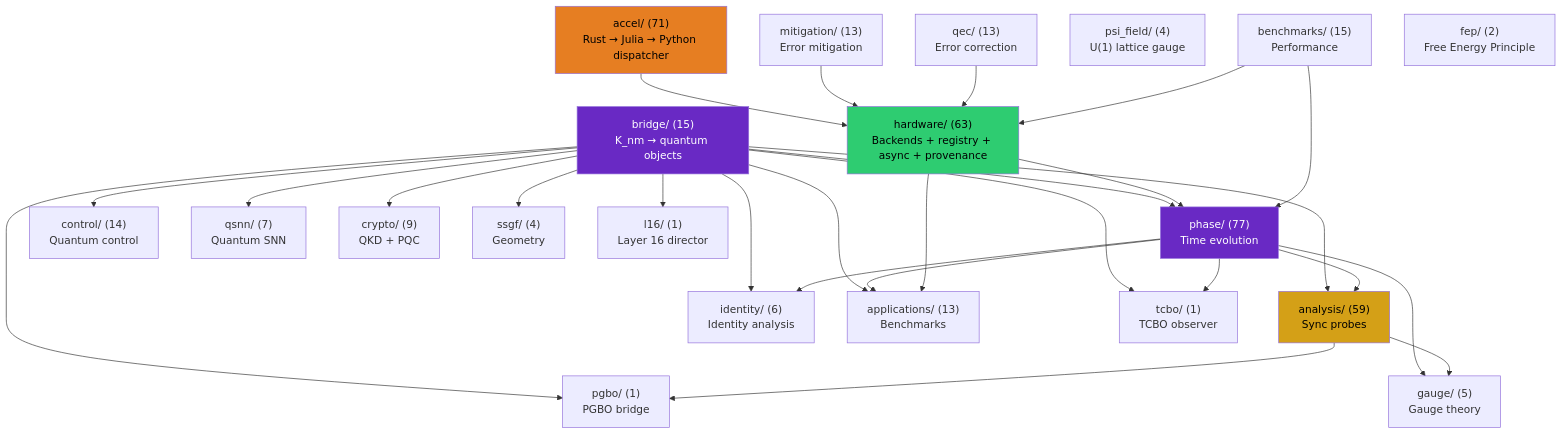
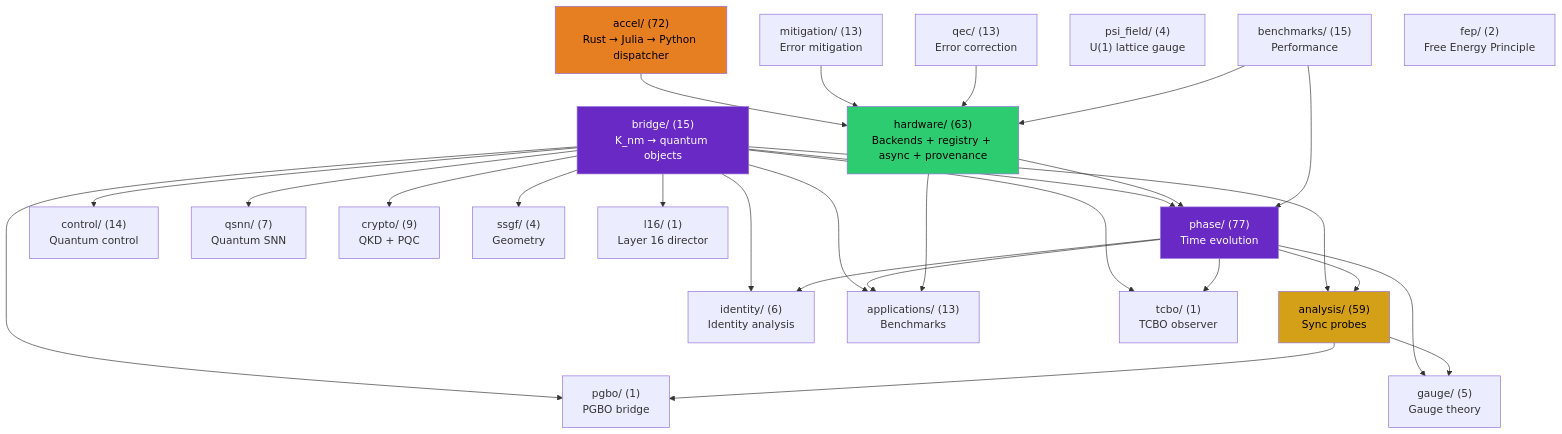
The first of 4 diagrams in docs/architecture.md (anulum/scpn-quantum-control), drawn with Mermaid before and after one commit. The commit also changed 8 other files, not shown here.

````diff
--- a/docs/architecture.md
+++ b/docs/architecture.md
@@ -91,55 +91,55 @@
 ```mermaid
 graph TD
     bridge["bridge/ (15)\nK_nm → quantum objects"]
     phase["phase/ (77)\nTime evolution"]
     analysis["analysis/ (59)\nSync probes"]
     control["control/ (14)\nQuantum control"]
     qsnn["qsnn/ (7)\nQuantum SNN"]
     identity["identity/ (6)\nIdentity analysis"]
     hardware["hardware/ (63)\nBackends + registry + async + provenance"]
     mitigation["mitigation/ (13)\nError mitigation"]
     qec["qec/ (13)\nError correction"]
     gauge["gauge/ (5)\nGauge theory"]
     apps["applications/ (13)\nBenchmarks"]
     crypto["crypto/ (9)\nQKD + PQC"]
     benchmarks["benchmarks/ (15)\nPerformance"]
     ssgf["ssgf/ (4)\nGeometry"]
     psi_field["psi_field/ (4)\nU(1) lattice gauge"]
-    accel["accel/ (71)\nRust → Julia → Python dispatcher"]
+    accel["accel/ (72)\nRust → Julia → Python dispatcher"]
     fep["fep/ (2)\nFree Energy Principle"]
     tcbo["tcbo/ (1)\nTCBO observer"]
     pgbo["pgbo/ (1)\nPGBO bridge"]
     l16["l16/ (1)\nLayer 16 director"]
 
     bridge --> phase
     bridge --> analysis
     bridge --> control
     bridge --> qsnn
     bridge --> identity
     bridge --> apps
     bridge --> crypto
     bridge --> ssgf
     phase --> analysis
     phase --> identity
     phase --> apps
     phase --> gauge
     analysis --> gauge
     hardware --> phase
     hardware --> apps
     accel --> hardware
     mitigation --> hardware
     qec --> hardware
     benchmarks --> phase
     benchmarks --> hardware
     bridge --> tcbo
     bridge --> pgbo
     bridge --> l16
     phase --> tcbo
     analysis --> pgbo
 
     style bridge fill:#6929C4,color:#fff
     style analysis fill:#d4a017,color:#000
     style phase fill:#6929C4,color:#fff
     style hardware fill:#2ecc71,color:#000
     style accel fill:#e67e22,color:#000
 ```
````
